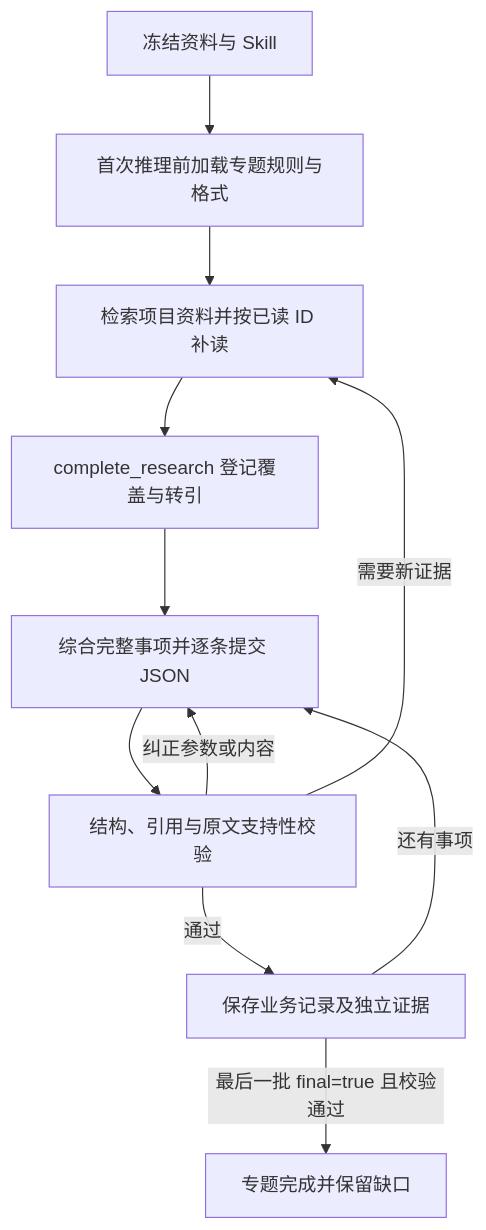
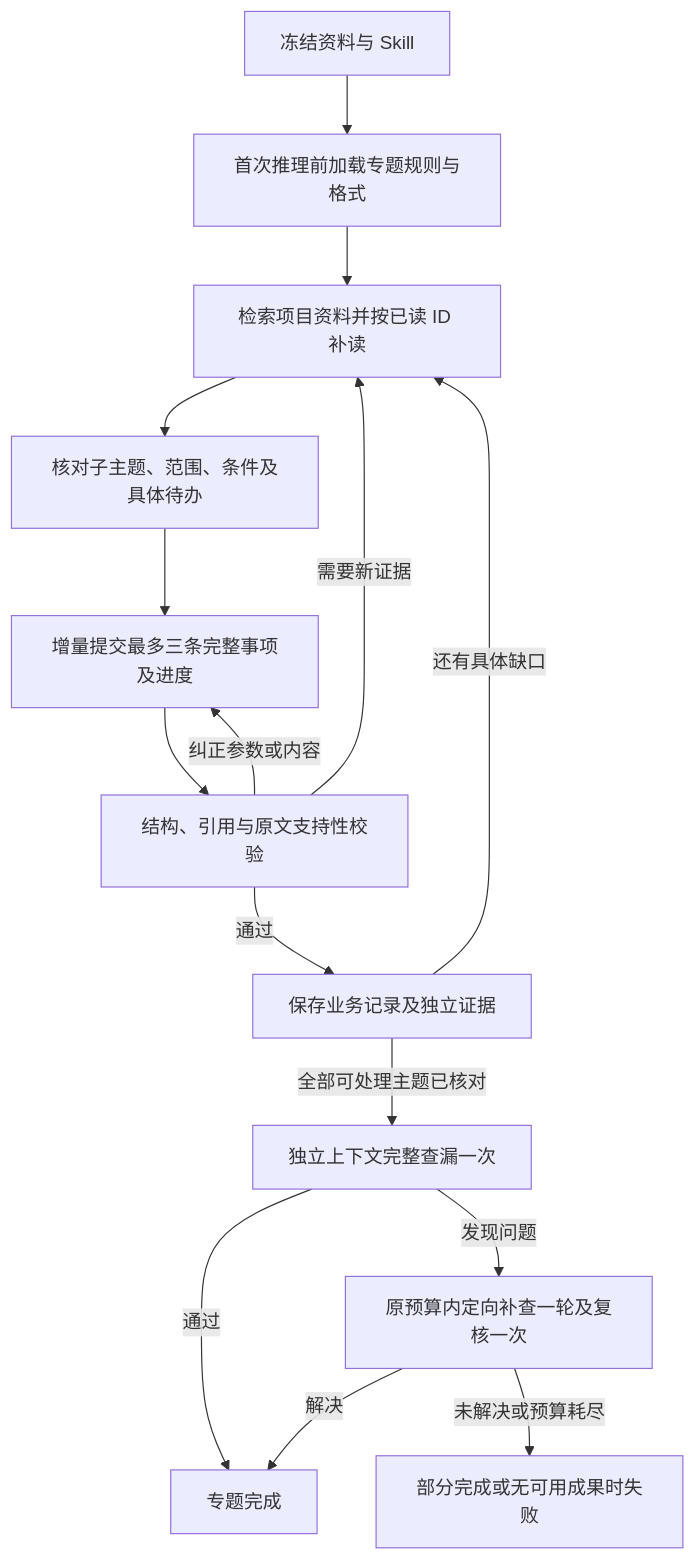
Before and after one commit to wph989/AI-tender: the diagram in docs/工程/14-解析Skill与运行护栏.md, drawn with Mermaid. The commit also changed other lines of this file and 95 other files, not shown here.

````diff
--- a/docs/工程/14-解析Skill与运行护栏.md
+++ b/docs/工程/14-解析Skill与运行护栏.md
@@ -9,13 +9,17 @@
 ```mermaid
 flowchart TD
     A[冻结资料与 Skill] --> B[首次推理前加载专题规则与格式]
     B --> C[检索项目资料并按已读 ID 补读]
-    C --> D[complete_research 登记覆盖与转引]
-    D --> E[综合完整事项并逐条提交 JSON]
+    C --> D[核对子主题、范围、条件及具体待办]
+    D --> E[增量提交最多三条完整事项及进度]
     E --> F[结构、引用与原文支持性校验]
     F -->|通过| G[保存业务记录及独立证据]
     F -->|纠正参数或内容| E
     F -->|需要新证据| C
-    G -->|还有事项| E
-    G -->|最后一批 final=true 且校验通过| H[专题完成并保留缺口]
+    G -->|还有具体缺口| C
+    G -->|全部可处理主题已核对| H[独立上下文完整查漏一次]
+    H -->|发现问题| I[原预算内定向补查一轮及复核一次]
+    H -->|通过| J[专题完成]
+    I -->|解决| J
+    I -->|未解决或预算耗尽| K[部分完成或无可用成果时失败]
 ```
````
